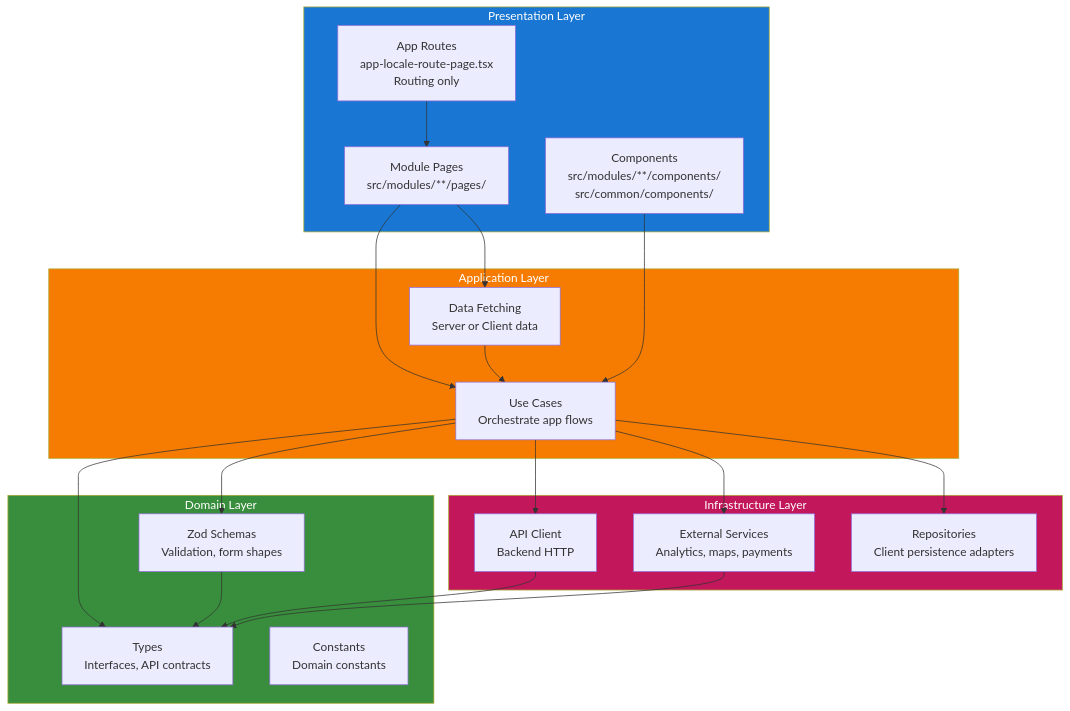
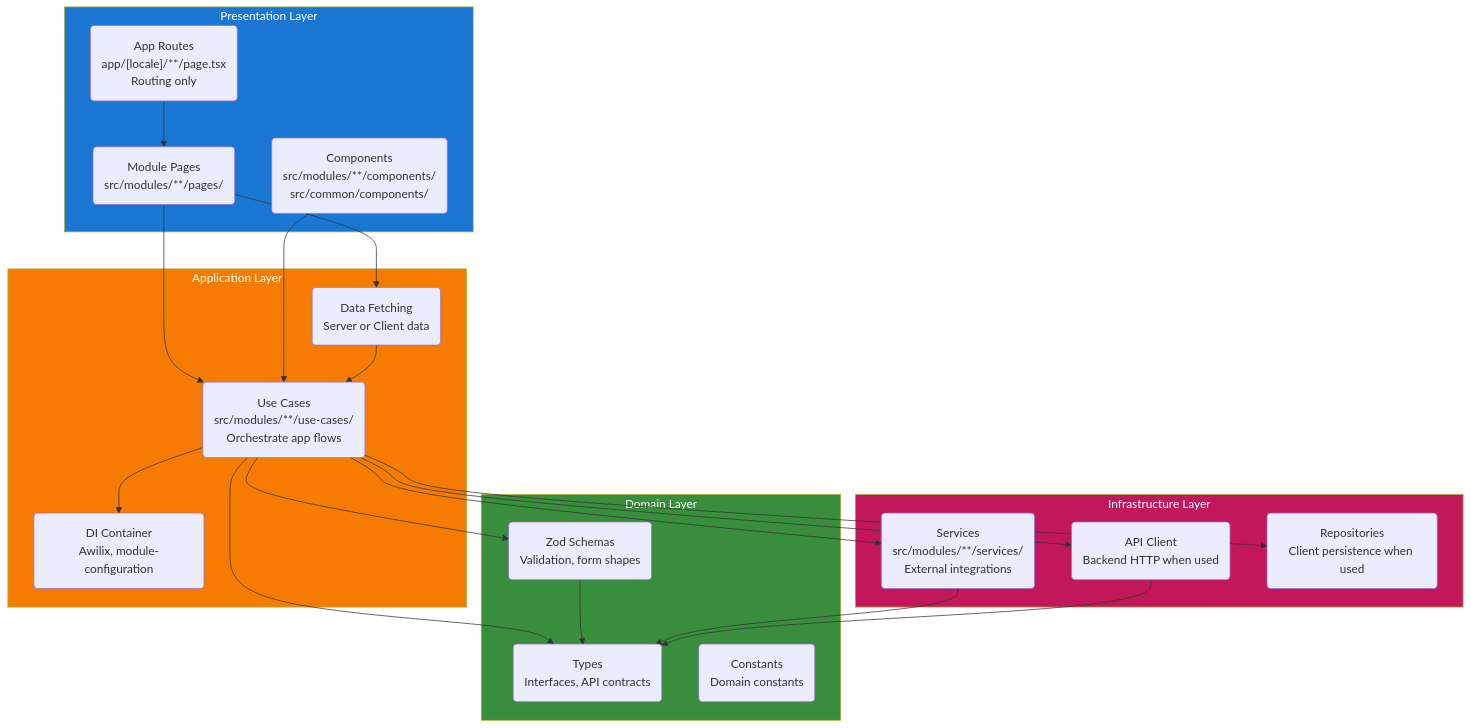
One commit to thinhtran3588/nextjs-starter-kit changed the second of 4 diagrams in docs/architecture-vi.md. Above: the diagram before and after it, drawn with Mermaid. The commit also changed other lines of this file and 19 other files, not shown here.

First line of the commit message:
refactor: flatten common components and align docs with architecture (#17)

````diff
--- a/docs/architecture-vi.md
+++ b/docs/architecture-vi.md
@@ -35,44 +35,46 @@
 ```mermaid
 graph TB
     subgraph Presentation["Presentation Layer"]
-        AppRoutes[App Routes<br/>app-locale-route-page.tsx<br/>Routing only]
-        ModulePages[Module Pages<br/>src/modules/**/pages/]
-        Components[Components<br/>src/modules/**/components/<br/>src/common/components/]
+        AppRoutes("App Routes<br/>app/[locale]/**/page.tsx<br/>Routing only")
+        ModulePages("Module Pages<br/>src/modules/**/pages/")
+        Components("Components<br/>src/modules/**/components/<br/>src/common/components/")
     end
 
     subgraph Application["Application Layer"]
-        UseCases[Use Cases<br/>Orchestrate app flows]
-        DataFetching[Data Fetching<br/>Server or Client data]
+        UseCases("Use Cases<br/>src/modules/**/use-cases/<br/>Orchestrate app flows")
+        DataFetching("Data Fetching<br/>Server or Client data")
+        DI("DI Container<br/>Awilix, module-configuration")
     end
 
     subgraph Domain["Domain Layer"]
-        Types[Types<br/>Interfaces, API contracts]
-        Schemas[Zod Schemas<br/>Validation, form shapes]
-        Constants[Constants<br/>Domain constants]
+        Types("Types<br/>Interfaces, API contracts")
+        Schemas("Zod Schemas<br/>Validation, form shapes")
+        Constants("Constants<br/>Domain constants")
     end
 
     subgraph Infrastructure["Infrastructure Layer"]
-        ApiClient[API Client<br/>Backend HTTP]
-        ExternalServices[External Services<br/>Analytics, maps, payments]
-        Repositories[Repositories<br/>Client persistence adapters]
+        Services("Services<br/>src/modules/**/services/<br/>External integrations")
+        ApiClient("API Client<br/>Backend HTTP when used")
+        Repositories("Repositories<br/>Client persistence when used")
     end
 
     AppRoutes --> ModulePages
     ModulePages --> UseCases
     ModulePages --> DataFetching
     Components --> UseCases
     DataFetching --> UseCases
     UseCases --> Types
     UseCases --> Schemas
+    UseCases --> DI
+    UseCases --> Services
     UseCases --> ApiClient
-    UseCases --> ExternalServices
     UseCases --> Repositories
     Schemas --> Types
+    Services --> Types
     ApiClient --> Types
-    ExternalServices --> Types
 
     style Presentation fill:#1976d2,color:#fff
     style Application fill:#f57c00,color:#fff
     style Domain fill:#388e3c,color:#fff
     style Infrastructure fill:#c2185b,color:#fff
 ```
````
